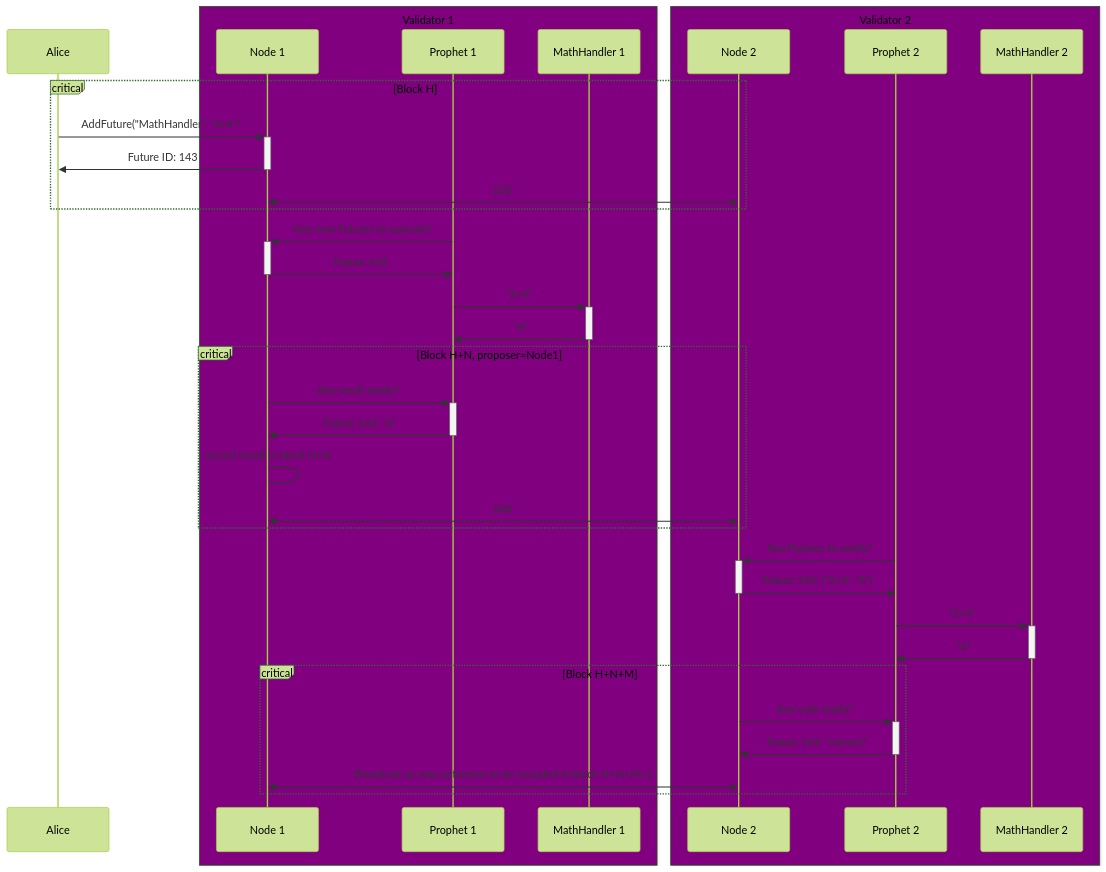
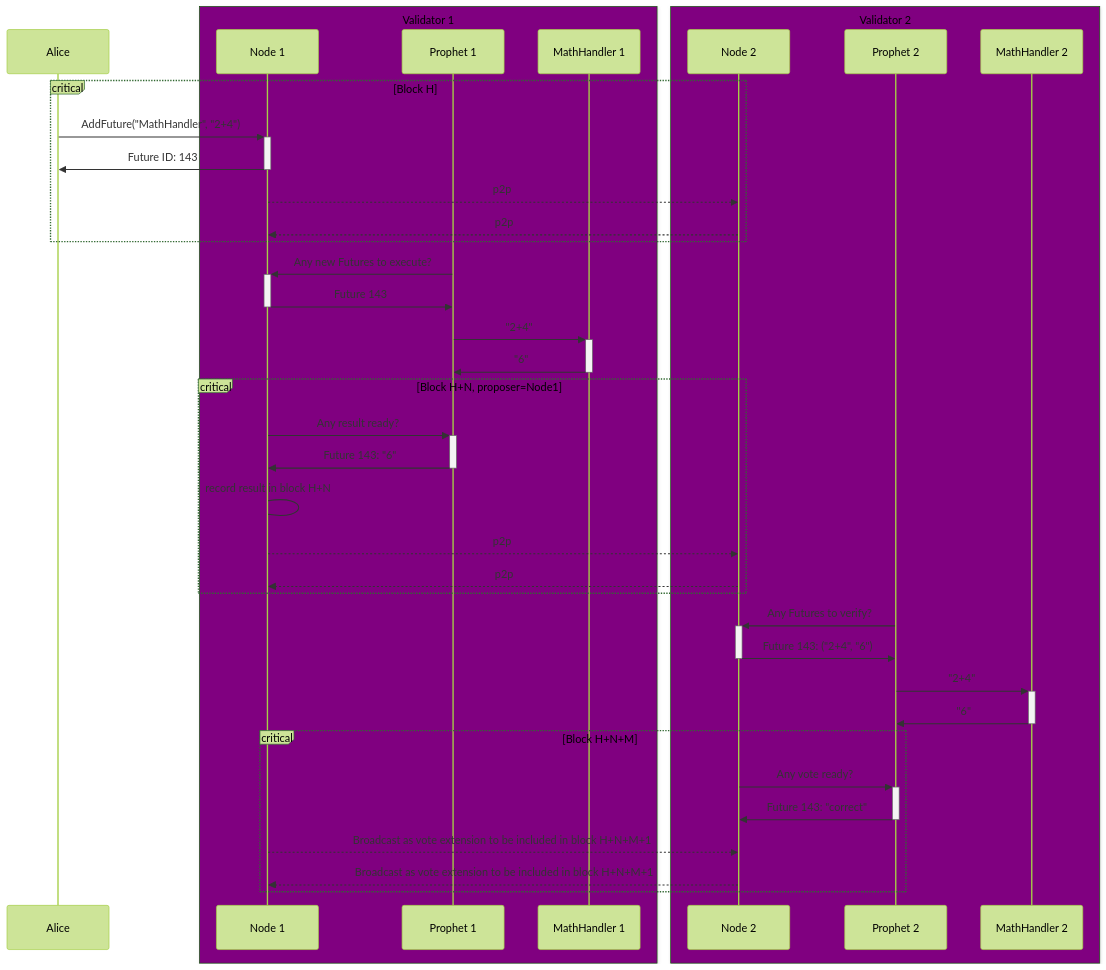
Before and after one commit to warden-protocol/wardenprotocol: the diagram in docs/developer-docs/docs/learn/warden-protocol-modules/x-async.md, drawn with Mermaid (forest theme). The commit also changed other lines of this file and 22 other files, not shown here.

````diff
--- a/docs/developer-docs/docs/learn/warden-protocol-modules/x-async.md
+++ b/docs/developer-docs/docs/learn/warden-protocol-modules/x-async.md
@@ -99,45 +109,48 @@
 ```mermaid
 sequenceDiagram
     participant Alice
     box Purple Validator 1
         participant Node 1
         participant Prophet 1
         participant MathHandler 1
     end
     box Purple Validator 2
         participant Node 2
         participant Prophet 2
         participant MathHandler 2
     end
 
 
-        critical Block H
+    critical Block H
         Alice->>+Node 1: AddFuture("MathHandler", "2+4")
       Node 1->>-Alice: Future ID: 143
-      Node 1<<->>Node 2: p2p
+      Node 1-->>Node 2: p2p
+      Node 2-->>Node 1: p2p
     end
     
     
     Prophet 1->>+Node 1: Any new Futures to execute?
     Node 1->>-Prophet 1: Future 143
     Prophet 1->>+MathHandler 1: "2+4"
     MathHandler 1->>-Prophet 1: "6"
     
         critical Block H+N, proposer=Node1
           Node 1->>+Prophet 1: Any result ready?
           Prophet 1->>-Node 1: Future 143: "6"
           Node 1->Node 1: record result in block H+N
-          Node 1<<->>Node 2: p2p
+          Node 1-->>Node 2: p2p
+          Node 2-->>Node 1: p2p
         end
 
     Prophet 2->>+Node 2: Any Futures to verify?
     Node 2->>-Prophet 2: Future 143: ("2+4", "6")
     Prophet 2->>+MathHandler 2: "2+4"
     MathHandler 2->>-Prophet 2: "6"
 
         critical Block H+N+M
           Node 2->>+Prophet 2: Any vote ready?
           Prophet 2->>-Node 2: Future 143: "correct"
-          Node 1<<->>Node 2: Broadcast as vote extension to be included in block H+N+M+1
+          Node 1-->>Node 2: Broadcast as vote extension to be included in block H+N+M+1
+          Node 2-->>Node 1: Broadcast as vote extension to be included in block H+N+M+1
         end
 ```
````
